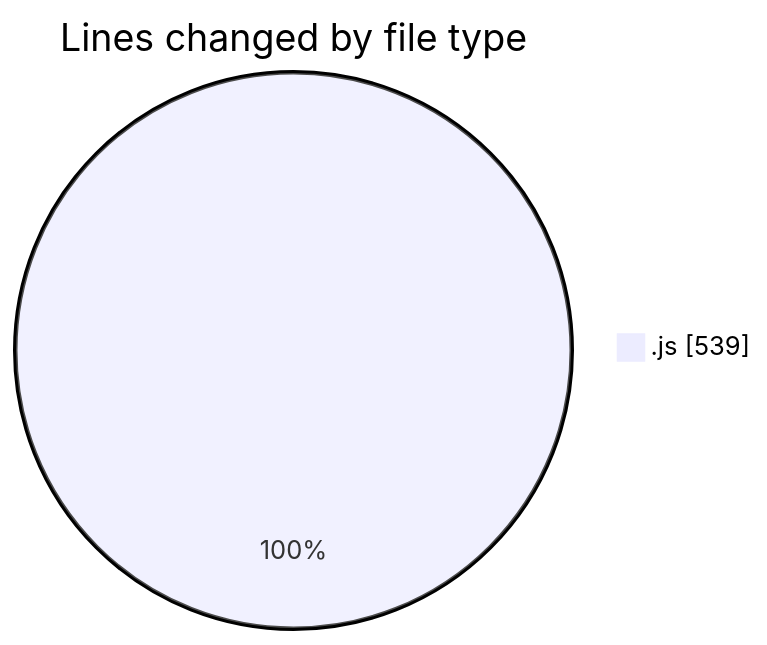
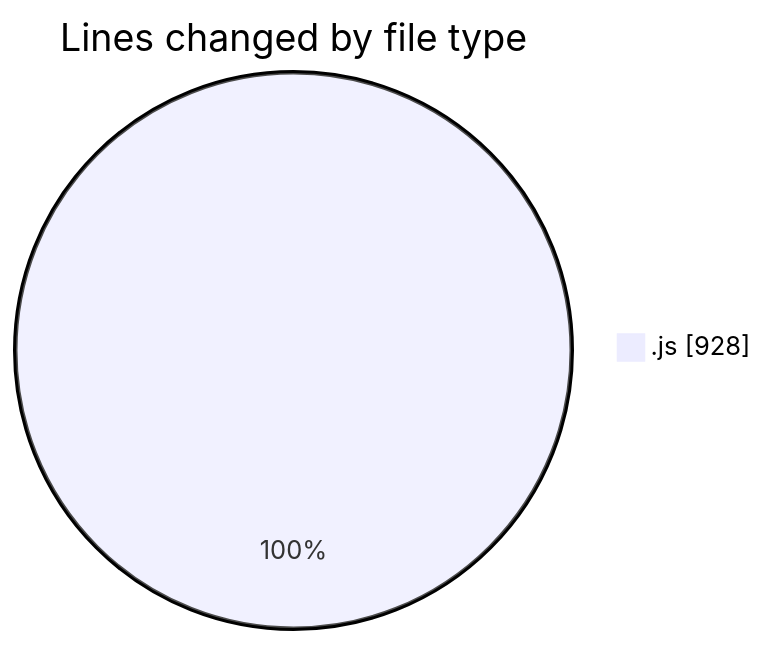
One commit to nxtqubesakshisongat/code-tracking changed the first of 2 diagrams in 2025-10-31/nxtqube_webapp/README.md. Above: the diagram before and after it, drawn with Mermaid. The commit also changed other lines of this file and 1 other file, not shown here.

````diff
--- a/2025-10-31/nxtqube_webapp/README.md
+++ b/2025-10-31/nxtqube_webapp/README.md
@@ -22,5 +22,5 @@
 ```mermaid
 pie showData
 title Lines changed by file type
-".js" : 539
+".js" : 928
 ```
````
